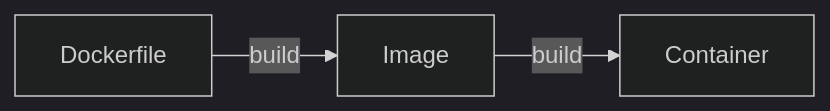
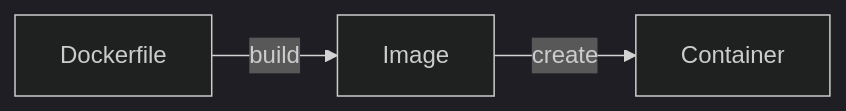
One commit to bingyangchen/KM-software changed the diagram in Tools/Docker/1 - Introduction.md. Above: the diagram before and after it, drawn with Mermaid (dark theme). The commit also changed other lines of this file and 109 other files, not shown here.

````diff
--- a/Tools/Docker/1 - Introduction.md
+++ b/Tools/Docker/1 - Introduction.md
@@ -64,5 +65,5 @@
 ```mermaid
 flowchart LR
 Dockerfile --build--> Image
-Image --build--> Container
+Image --create--> Container
 ```
````
